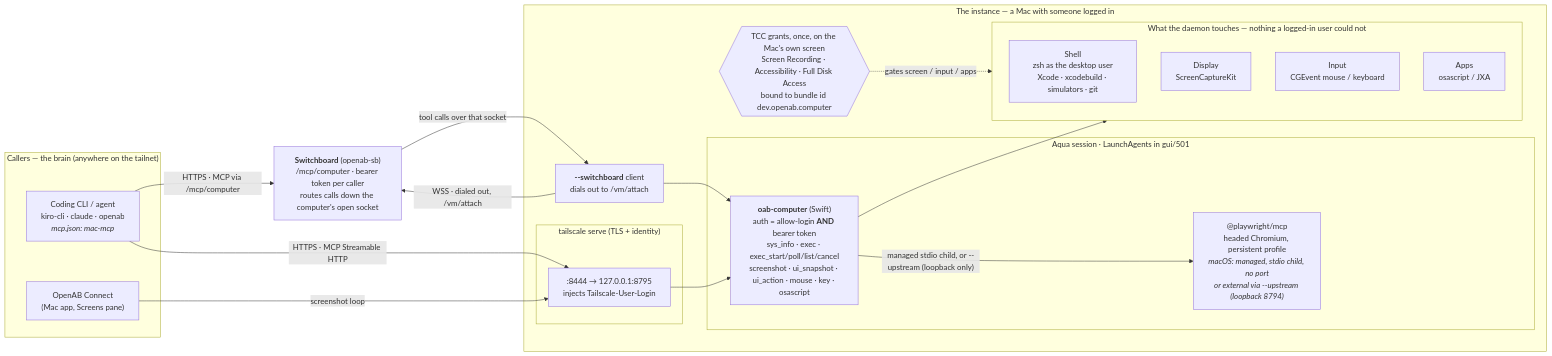
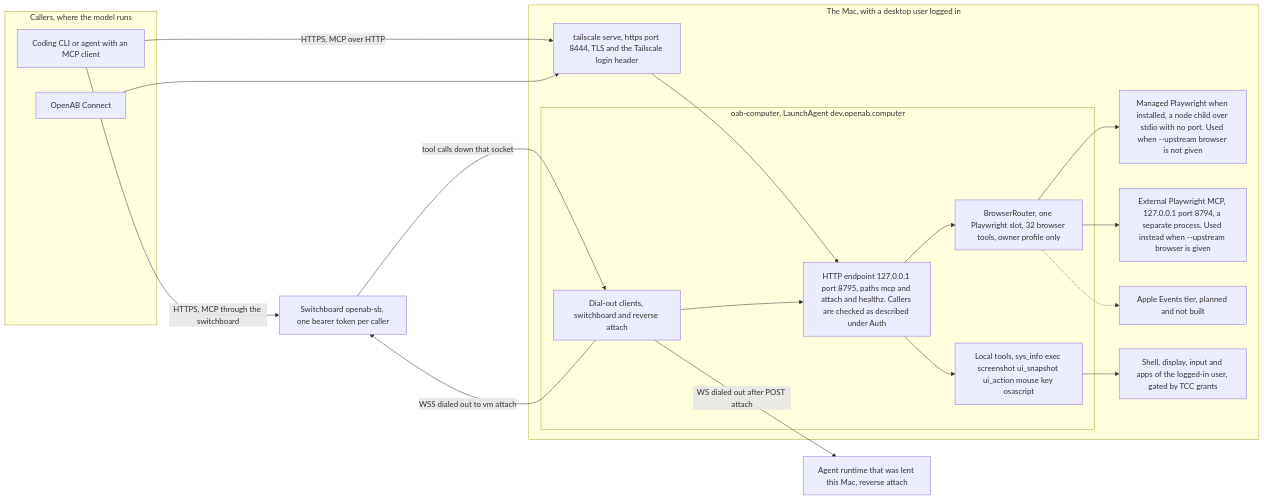
One commit to openabdev/openab-computer changed the first of 2 diagrams in README.md. Above: the diagram before and after it, drawn with Mermaid. The commit also changed other lines of this file and 5 other files, not shown here.

First line of the commit message:
docs: add mermaid diagrams for browser tiers, Linux cutover and release flow

````diff
--- a/README.md
+++ b/README.md
@@ -27,38 +27,39 @@
 ```mermaid
 flowchart LR
-    subgraph callers["Callers — the brain (anywhere on the tailnet)"]
-        cli["Coding CLI / agent<br/>kiro-cli · claude · openab<br/><i>mcp.json: mac-mcp</i>"]
-        connect["OpenAB Connect<br/>(Mac app, Screens pane)"]
+    subgraph callers["Callers, where the model runs"]
+        cli["Coding CLI or agent with an MCP client"]
+        connect["OpenAB Connect"]
     end
 
-    sb["<b>Switchboard</b> (openab-sb)<br/>/mcp/computer · bearer token per caller<br/>routes calls down the computer's open socket"]
+    sb["Switchboard openab-sb, one bearer token per caller"]
+    rt["Agent runtime that was lent this Mac, reverse attach"]
 
-    subgraph mac["The instance — a Mac with someone logged in"]
-        subgraph ts["tailscale serve (TLS + identity)"]
-            s8444[":8444 → 127.0.0.1:8795<br/>injects Tailscale-User-Login"]
+    subgraph mac["The Mac, with a desktop user logged in"]
+        ts["tailscale serve, https port 8444, TLS and the Tailscale login header"]
+        subgraph app["oab-computer, LaunchAgent dev.openab.computer"]
+            ep["HTTP endpoint 127.0.0.1 port 8795, paths mcp and attach and healthz. Callers are checked as described under Auth"]
+            tools["Local tools, sys_info exec screenshot ui_snapshot ui_action mouse key osascript"]
+            router["BrowserRouter, one Playwright slot, 32 browser tools, owner profile only"]
+            dial["Dial-out clients, switchboard and reverse attach"]
         end
-        subgraph gui["Aqua session · LaunchAgents in gui/501"]
-            mcp["<b>oab-computer</b> (Swift)<br/>auth = allow-login <b>AND</b> bearer token<br/>sys_info · exec · exec_start/poll/list/cancel<br/>screenshot · ui_snapshot · ui_action · mouse · key · osascript"]
-            pw["@playwright/mcp<br/>headed Chromium, persistent profile<br/><i>macOS: managed, stdio child, no port<br/>or external via --upstream (loopback 8794)</i>"]
-        end
-        dial["<b>--switchboard</b> client<br/>dials out to /vm/attach"]
-        subgraph hands["What the daemon touches — nothing a logged-in user could not"]
-            shell["Shell<br/>zsh as the desktop user<br/>Xcode · xcodebuild · simulators · git"]
-            screen["Display<br/>ScreenCaptureKit"]
-            input["Input<br/>CGEvent mouse / keyboard"]
-            apps["Apps<br/>osascript / JXA"]
-        end
-        tcc{{"TCC grants, once, on the Mac's own screen<br/>Screen Recording · Accessibility · Full Disk Access<br/>bound to bundle id dev.openab.computer"}}
+        managed["Managed Playwright when installed, a node child over stdio with no port. Used when --upstream browser is not given"]
+        ext["External Playwright MCP, 127.0.0.1 port 8794, a separate process. Used instead when --upstream browser is given"]
+        ae["Apple Events tier, planned and not built"]
+        os["Shell, display, input and apps of the logged-in user, gated by TCC grants"]
     end
 
-    cli -- "HTTPS · MCP Streamable HTTP" --> s8444
-    connect -- "screenshot loop" --> s8444
-    cli -- "HTTPS · MCP via /mcp/computer" --> sb
-    dial -- "WSS · dialed out, /vm/attach" --> sb
-    sb -- "tool calls over that socket" --> dial
-    dial --> mcp
-    s8444 --> mcp
-    mcp -- "managed stdio child, or --upstream (loopback only)" --> pw
-    mcp --> hands
-    tcc -. "gates screen / input / apps" .-> hands
+    cli -- "HTTPS, MCP over HTTP" --> ts
+    connect --> ts
+    ts --> ep
+    cli -- "HTTPS, MCP through the switchboard" --> sb
+    dial -- "WSS dialed out to vm attach" --> sb
+    sb -- "tool calls down that socket" --> dial
+    dial -- "WS dialed out after POST attach" --> rt
+    ep --> tools
+    ep --> router
+    dial --> ep
+    router --> managed
+    router --> ext
+    router -.-> ae
+    tools --> os
 ```
````
